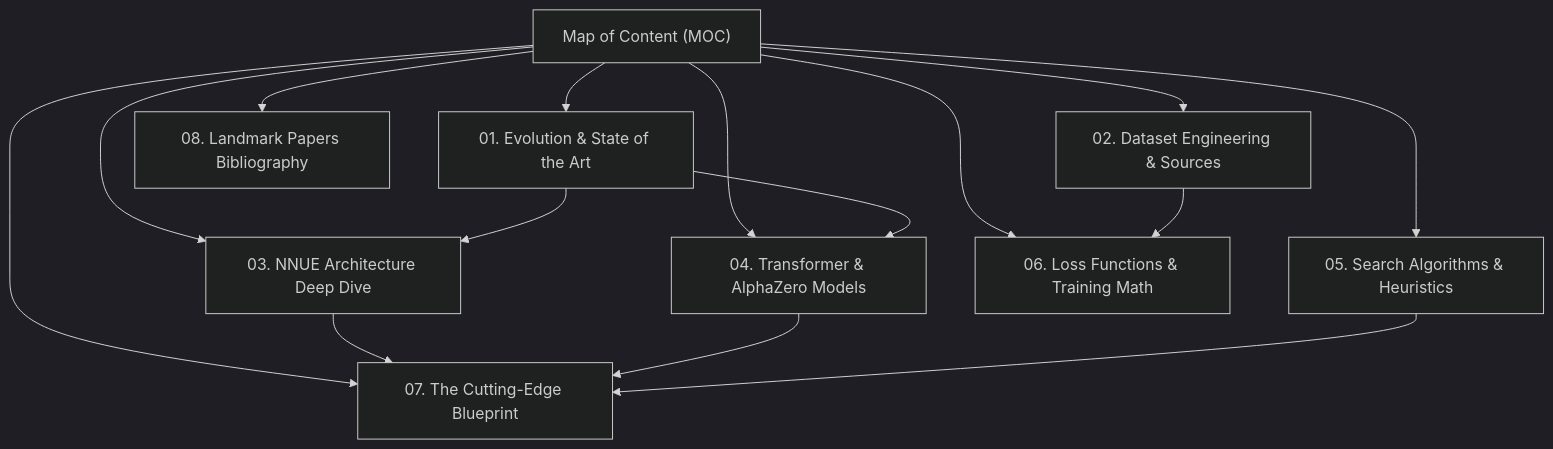
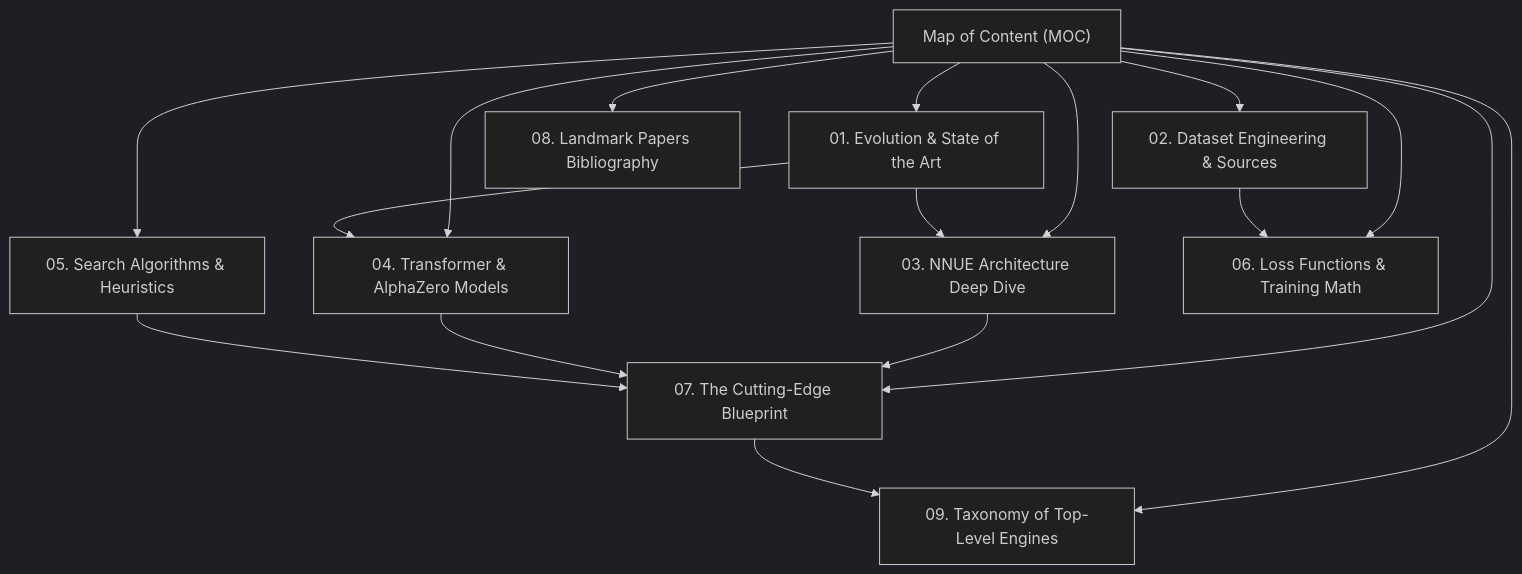
Before and after one commit to hammadshakeelai/apex-chess-engine: the diagram in obsidian-vault/00-Index-Map-of-Content.md, drawn with Mermaid (dark theme). The commit also changed 1 other file, not shown here.

Commit message:
docs: add complete taxonomy of top-level chess engines (SF17, Torch, Komodo, Lc0, Maia, Ceres)

````diff
--- a/obsidian-vault/00-Index-Map-of-Content.md
+++ b/obsidian-vault/00-Index-Map-of-Content.md
@@ -12,19 +12,21 @@
 ```mermaid
 flowchart TD
     Index["Map of Content (MOC)"]
     Index --> Hist["01. Evolution & State of the Art"]
     Index --> Data["02. Dataset Engineering & Sources"]
     Index --> NNUE["03. NNUE Architecture Deep Dive"]
     Index --> Trans["04. Transformer & AlphaZero Models"]
     Index --> Search["05. Search Algorithms & Heuristics"]
     Index --> Math["06. Loss Functions & Training Math"]
     Index --> Blue["07. The Cutting-Edge Blueprint"]
     Index --> Bib["08. Landmark Papers Bibliography"]
+    Index --> Tax["09. Taxonomy of Top-Level Engines"]
 
     Hist --> NNUE
     Hist --> Trans
     Data --> Math
     NNUE --> Blue
     Trans --> Blue
     Search --> Blue
+    Blue --> Tax
 ```
````
